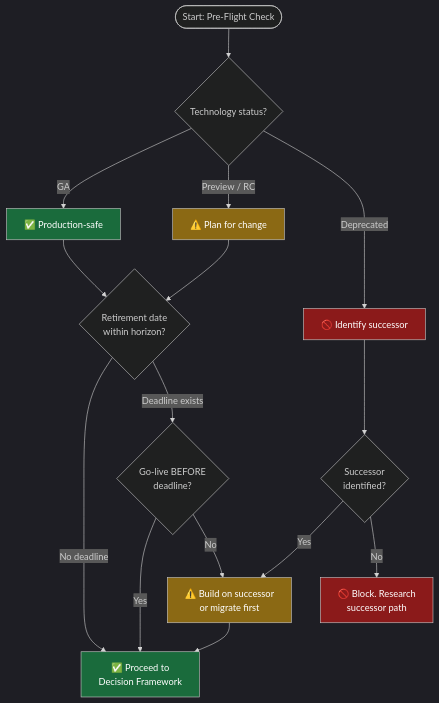
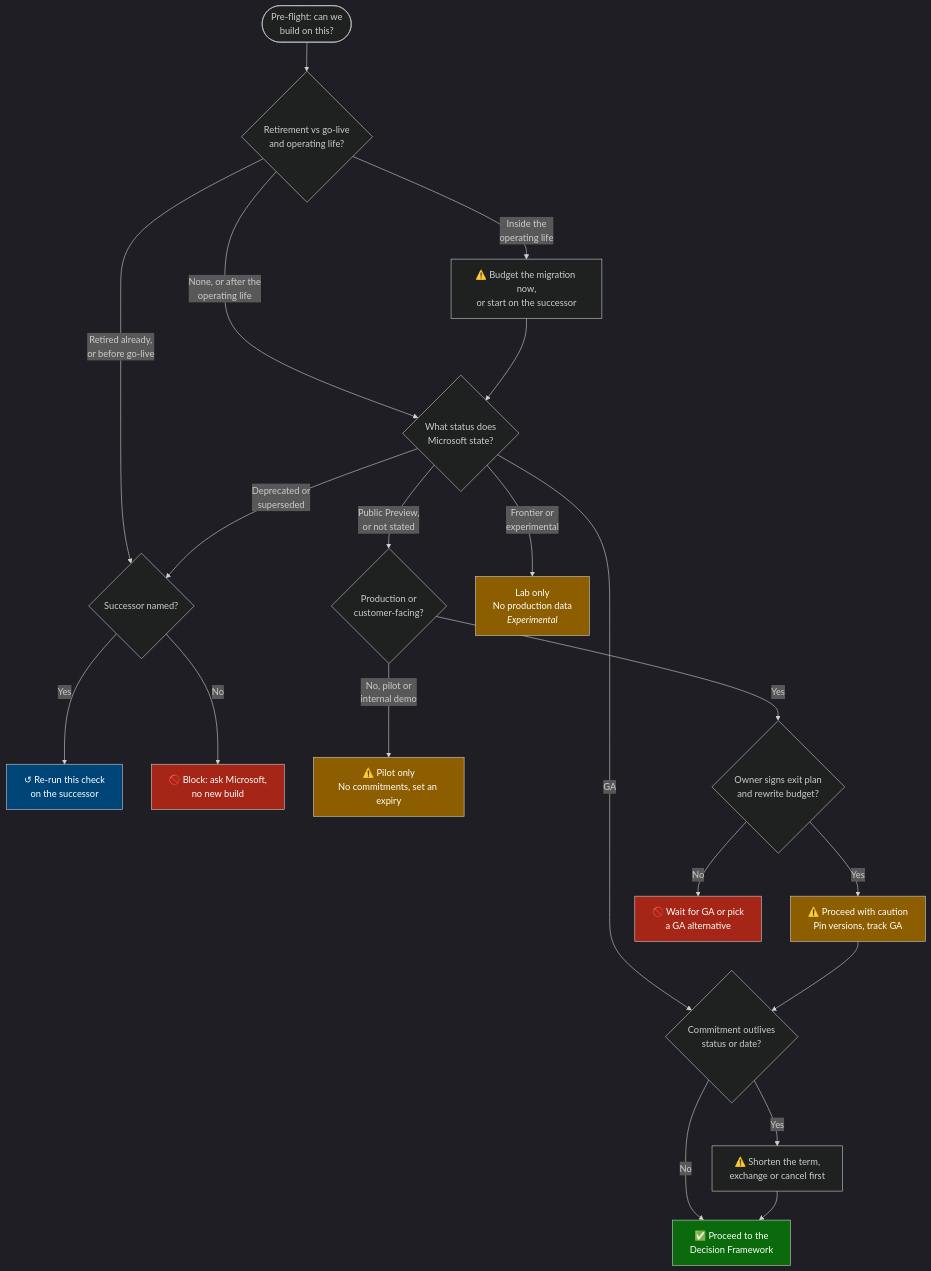
One commit to microsoft/Microsoft-AI-Decision-Framework changed the ninth of 10 diagrams in docs/visual-framework.md. Above: the diagram before and after it, drawn with Mermaid. The commit also changed other lines of this file and 29 other files, not shown here.

````diff
--- a/docs/visual-framework.md
+++ b/docs/visual-framework.md
@@ -1113,31 +1178,48 @@
 ```mermaid
 %%{init: {'theme':'dark'}}%%
 flowchart TD
-    Start([Start: Pre-Flight Check]) --> Q0{Technology status?}
+    Start([Pre-flight: can we<br/>build on this?])
+    Q_Date{Retirement vs go-live<br/>and operating life?}
+    Q_Succ{Successor named?}
+    Plan[⚠️ Budget the migration now,<br/>or start on the successor]
+    Q_Mat{What status does<br/>Microsoft state?}
+    Rerun[↺ Re-run this check<br/>on the successor]
+    Block[🚫 Block: ask Microsoft,<br/>no new build]
+    Q_Prod{Production or<br/>customer-facing?}
+    P_Pilot[⚠️ Pilot only<br/>No commitments, set an expiry]
+    Q_Exit{Owner signs exit plan<br/>and rewrite budget?}
+    P_Go[⚠️ Proceed with caution<br/>Pin versions, track GA]
+    P_Wait[🚫 Wait for GA or pick<br/>a GA alternative]
+    F_Lab[Lab only<br/>No production data<br/><i>Experimental</i>]
+    Q_Fin{Commitment outlives<br/>status or date?}
+    Fin_Fix[⚠️ Shorten the term,<br/>exchange or cancel first]
+    Go[✅ Proceed to the<br/>Decision Framework]
 
-    Q0 -->|GA| GA_Path[✅ Production-safe]
-    Q0 -->|Preview / RC| Preview_Path[⚠️ Plan for change]
-    Q0 -->|Deprecated| Dep_Path[🚫 Identify successor]
+    Start --> Q_Date
+    Q_Date -->|Retired already,<br/>or before go-live| Q_Succ
+    Q_Date -->|Inside the<br/>operating life| Plan
+    Q_Date -->|None, or after the<br/>operating life| Q_Mat
+    Plan --> Q_Mat
+    Q_Succ -->|Yes| Rerun
+    Q_Succ -->|No| Block
+    Q_Mat -->|GA| Q_Fin
+    Q_Mat -->|Public Preview,<br/>or not stated| Q_Prod
+    Q_Mat -->|Frontier or<br/>experimental| F_Lab
+    Q_Mat -->|Deprecated or<br/>superseded| Q_Succ
+    Q_Prod -->|No, pilot or<br/>internal demo| P_Pilot
+    Q_Prod -->|Yes| Q_Exit
+    Q_Exit -->|Yes| P_Go
+    Q_Exit -->|No| P_Wait
+    P_Go --> Q_Fin
+    Q_Fin -->|Yes| Fin_Fix
+    Q_Fin -->|No| Go
+    Fin_Fix --> Go
 
-    GA_Path --> Timeline{Retirement date<br/>within horizon?}
-    Preview_Path --> Timeline
-    Dep_Path --> Successor{Successor<br/>identified?}
-
-    Timeline -->|No deadline| Proceed[✅ Proceed to<br/>Decision Framework]
-    Timeline -->|Deadline exists| Urgency{Go-live BEFORE<br/>deadline?}
-
-    Urgency -->|Yes| Proceed
-    Urgency -->|No| Migrate[⚠️ Build on successor<br/>or migrate first]
-
-    Successor -->|Yes| Migrate
-    Successor -->|No| Block[🚫 Block. Research<br/>successor path]
-
-    Migrate --> Proceed
-
-    style GA_Path fill:#1a6b3c,color:#fff
-    style Proceed fill:#1a6b3c,color:#fff
-    style Preview_Path fill:#8b6914,color:#fff
-    style Migrate fill:#8b6914,color:#fff
-    style Dep_Path fill:#8b1a1a,color:#fff
-    style Block fill:#8b1a1a,color:#fff
+    style Rerun fill:#004578,color:#fff
+    style Block fill:#a52617,color:#fff
+    style P_Pilot fill:#8c5e00,color:#fff
+    style P_Go fill:#8c5e00,color:#fff
+    style P_Wait fill:#a52617,color:#fff
+    style F_Lab fill:#8c5e00,color:#fff
+    style Go fill:#0b6a0b,color:#fff
 ```
````
